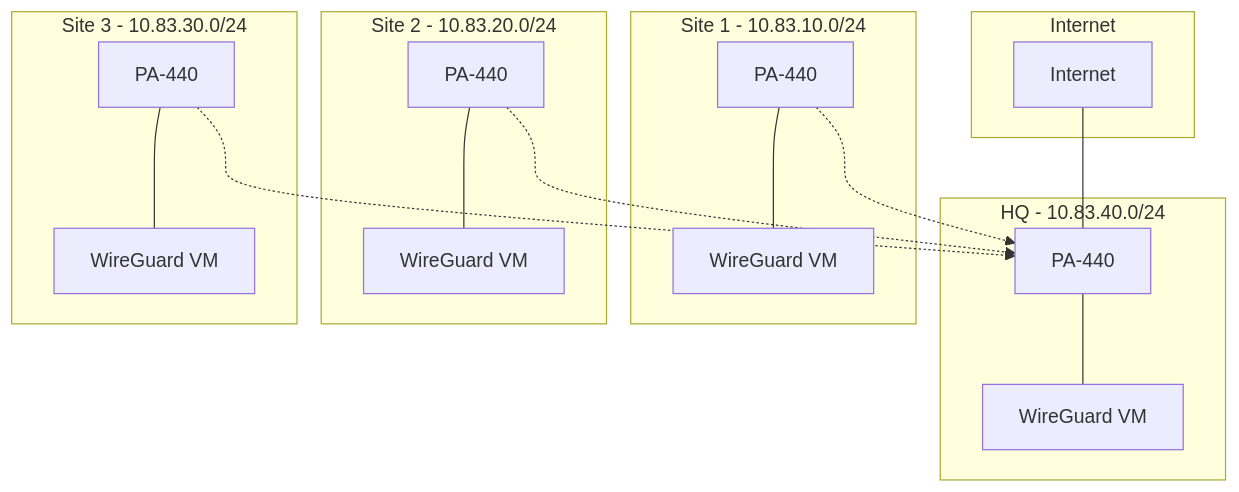
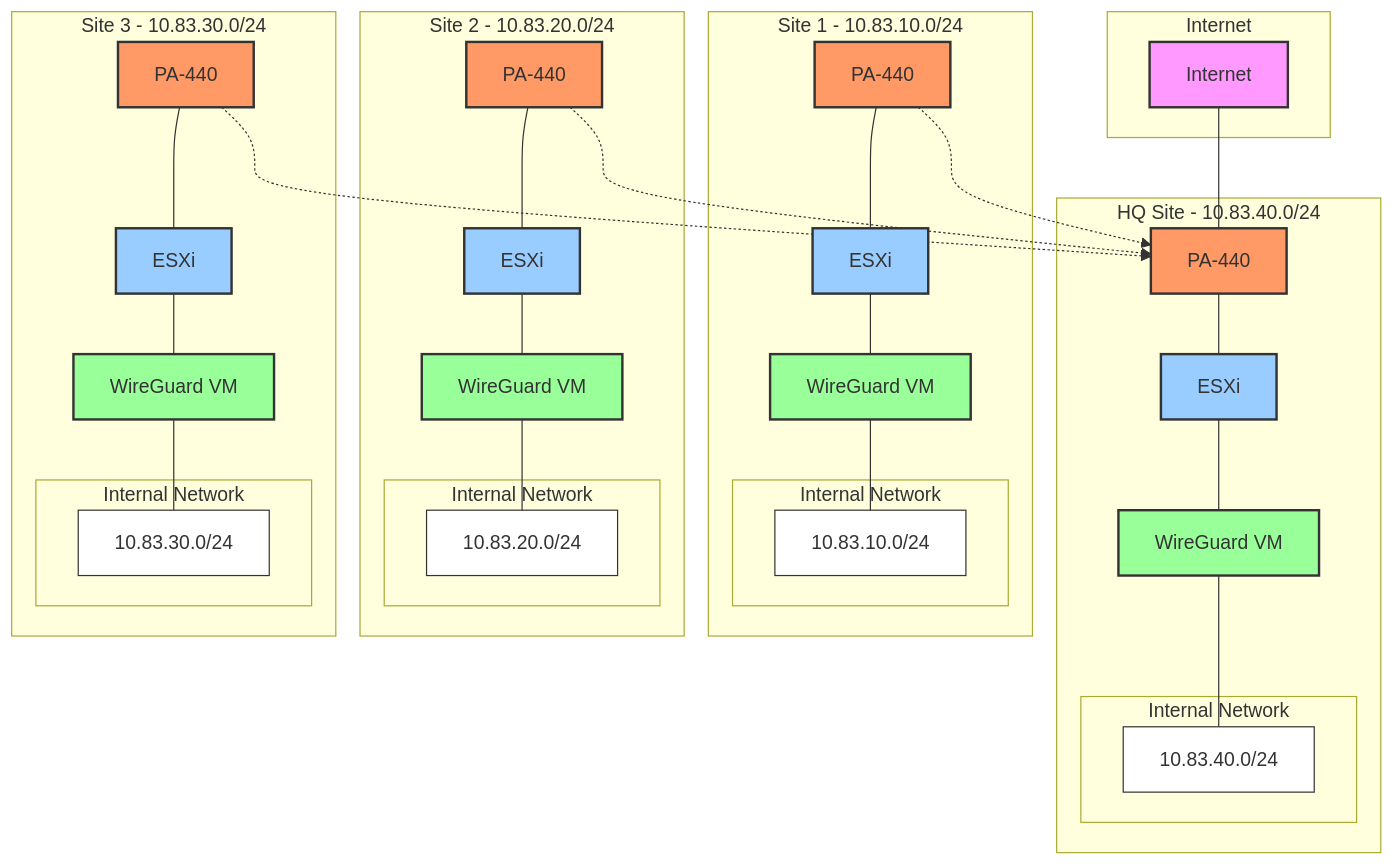
Before and after one commit to MarkusReadius/wireguard-pa440-vpn-guide: the diagram in README.md, drawn with Mermaid. The commit also changed other lines of this file, not shown here.

Commit message:
Keep detailed network diagram while providing foolproof setup instructions

````diff
--- a/README.md
+++ b/README.md
@@ -7,36 +7,74 @@
 ```mermaid
 graph TB
     subgraph Internet
         inet[Internet]
     end
 
-    subgraph HQ[HQ - 10.83.40.0/24]
+    subgraph HQ[HQ Site - 10.83.40.0/24]
         pa440_hq[PA-440]
+        esxi_hq[ESXi]
         wg_hq[WireGuard VM]
+        subgraph HQ_Network[Internal Network]
+            hq_net[10.83.40.0/24]
+        end
     end
 
     subgraph Site1[Site 1 - 10.83.10.0/24]
         pa440_1[PA-440]
+        esxi_1[ESXi]
         wg_1[WireGuard VM]
+        subgraph Site1_Network[Internal Network]
+            site1_net[10.83.10.0/24]
+        end
     end
 
     subgraph Site2[Site 2 - 10.83.20.0/24]
         pa440_2[PA-440]
+        esxi_2[ESXi]
         wg_2[WireGuard VM]
+        subgraph Site2_Network[Internal Network]
+            site2_net[10.83.20.0/24]
+        end
     end
 
     subgraph Site3[Site 3 - 10.83.30.0/24]
         pa440_3[PA-440]
+        esxi_3[ESXi]
         wg_3[WireGuard VM]
+        subgraph Site3_Network[Internal Network]
+            site3_net[10.83.30.0/24]
+        end
     end
 
     inet --- pa440_hq
     pa440_1 -.-> pa440_hq
     pa440_2 -.-> pa440_hq
     pa440_3 -.-> pa440_hq
 
-    pa440_hq --- wg_hq
-    pa440_1 --- wg_1
-    pa440_2 --- wg_2
-    pa440_3 --- wg_3
+    pa440_hq --- esxi_hq
+    pa440_1 --- esxi_1
+    pa440_2 --- esxi_2
+    pa440_3 --- esxi_3
+
+    esxi_hq --- wg_hq
+    esxi_1 --- wg_1
+    esxi_2 --- wg_2
+    esxi_3 --- wg_3
+
+    wg_hq --- hq_net
+    wg_1 --- site1_net
+    wg_2 --- site2_net
+    wg_3 --- site3_net
+
+    classDef internet fill:#f9f,stroke:#333,stroke-width:2px;
+    classDef firewall fill:#f96,stroke:#333,stroke-width:2px;
+    classDef esxi fill:#9cf,stroke:#333,stroke-width:2px;
+    classDef wireguard fill:#9f9,stroke:#333,stroke-width:2px;
+    classDef network fill:#fff,stroke:#333,stroke-width:1px;
+
+    class inet internet;
+    class pa440_hq,pa440_1,pa440_2,pa440_3 firewall;
+    class esxi_hq,esxi_1,esxi_2,esxi_3 esxi;
+    class wg_hq,wg_1,wg_2,wg_3 wireguard;
+    class hq_net,site1_net,site2_net,site3_net network;
 ```
````
